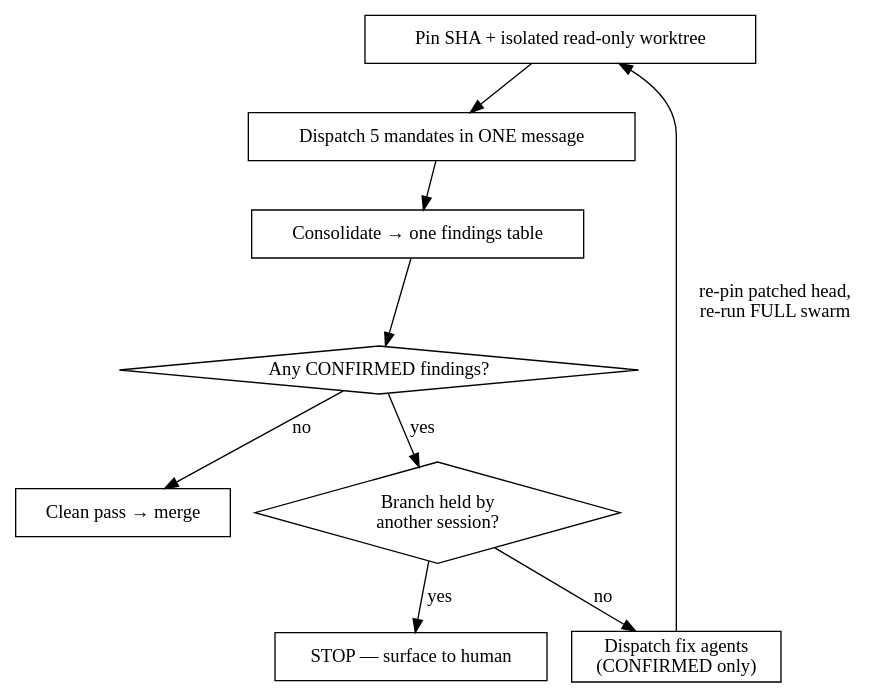
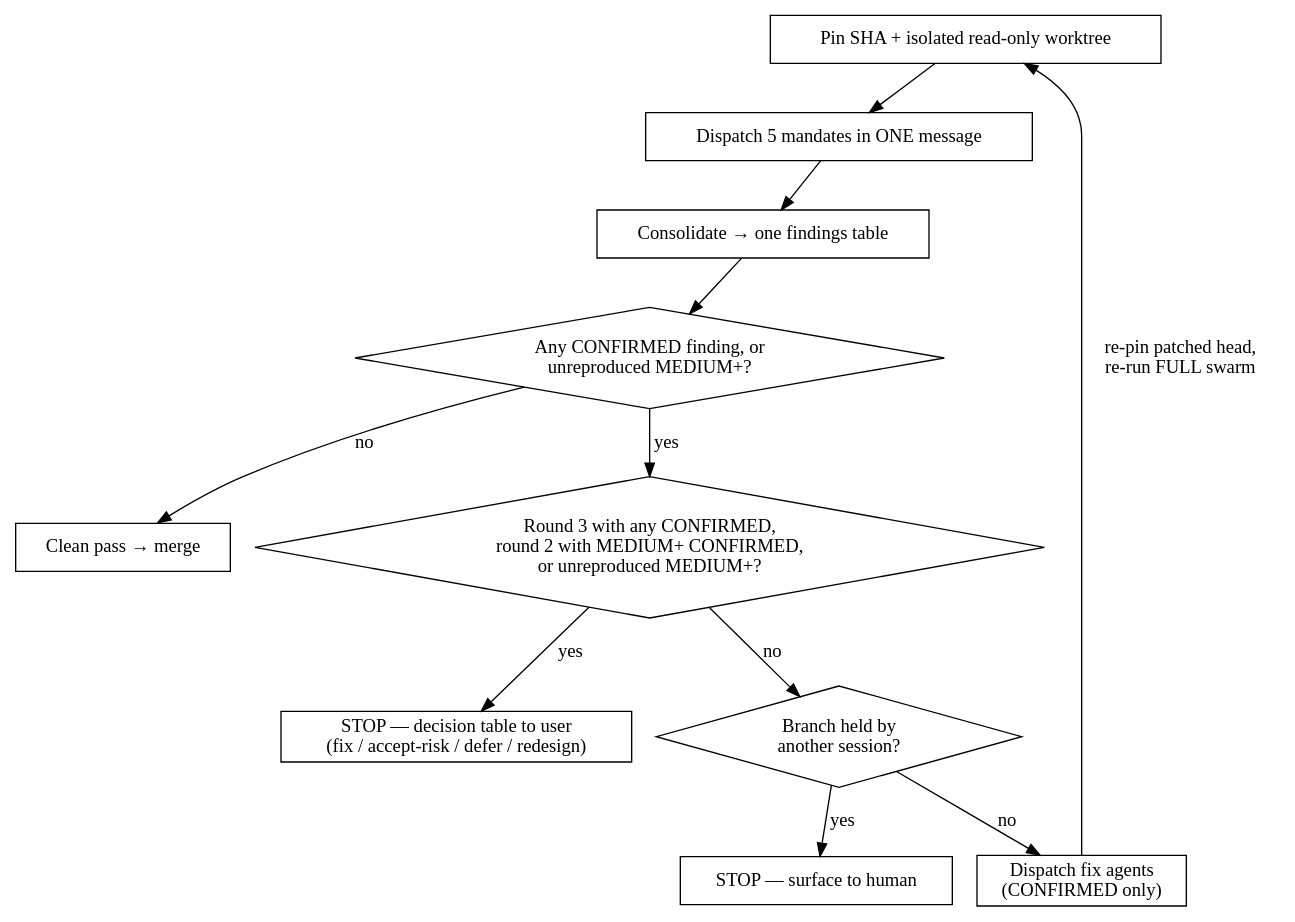
Before and after one commit to ZeOoba/ora-claude-config: the diagram in skills/adversarial-merge-gate/SKILL.md, drawn with Graphviz. The commit also changed other lines of this file and 7 other files, not shown here.

````diff
--- a/skills/adversarial-merge-gate/SKILL.md
+++ b/skills/adversarial-merge-gate/SKILL.md
@@ -35,20 +36,24 @@
 ```dot
 digraph gate {
     rankdir=TB;
     pin [shape=box, label="Pin SHA + isolated read-only worktree"];
     swarm [shape=box, label="Dispatch 5 mandates in ONE message"];
     consolidate [shape=box, label="Consolidate → one findings table"];
-    triage [shape=diamond, label="Any CONFIRMED findings?"];
+    triage [shape=diamond, label="Any CONFIRMED finding, or\nunreproduced MEDIUM+?"];
+    budget [shape=diamond, label="Round 3 with any CONFIRMED,\nround 2 with MEDIUM+ CONFIRMED,\nor unreproduced MEDIUM+?"];
     decide [shape=diamond, label="Branch held by\nanother session?"];
     fix [shape=box, label="Dispatch fix agents\n(CONFIRMED only)"];
     ask [shape=box, label="STOP — surface to human"];
+    table [shape=box, label="STOP — decision table to user\n(fix / accept-risk / defer / redesign)"];
     merge [shape=box, label="Clean pass → merge"];
 
     pin -> swarm -> consolidate -> triage;
     triage -> merge [label="no"];
-    triage -> decide [label="yes"];
+    triage -> budget [label="yes"];
+    budget -> table [label="yes"];
+    budget -> decide [label="no"];
     decide -> ask [label="yes"];
     decide -> fix [label="no"];
     fix -> pin [label="re-pin patched head,\nre-run FULL swarm"];
 }
 ```
````
